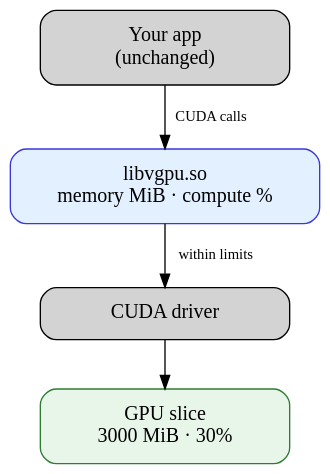
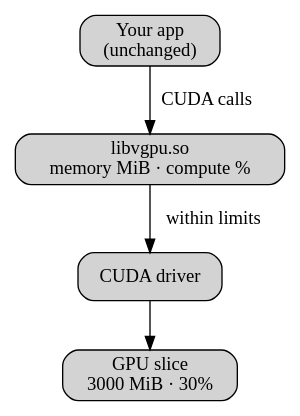
Before and after one commit to fishing-agents/talks: the first of 6 diagrams in containerdays_neocloud_blueprint.md, drawn with Graphviz. The commit also changed other lines of this file and 1 other file, not shown here.

Commit message:
fix(containerdays): drop custom CSS, theme diagrams, plain DRA wording

````diff
--- a/containerdays_neocloud_blueprint.md
+++ b/containerdays_neocloud_blueprint.md
@@ -220,15 +183,13 @@
 ```dot
 digraph G {
   rankdir=TB
-  bgcolor=transparent
-  node [shape=box style="rounded,filled" fontsize=15 margin="0.25,0.15" width=2.6]
-  edge [fontsize=11]
+  node [shape=box style="rounded,filled"]
   app [label="Your app\n(unchanged)"]
-  lib [label="libvgpu.so\nmemory MiB · compute %" fillcolor="#e3f0ff" color="#3939D8"]
+  lib [label="libvgpu.so\nmemory MiB · compute %" class="yellow"]
   drv [label="CUDA driver"]
-  gpu [label="GPU slice\n3000 MiB · 30%" fillcolor="#e8f5e9" color="#2e7d32"]
+  gpu [label="GPU slice\n3000 MiB · 30%" class="green"]
   app -> lib [label=" CUDA calls"]
   lib -> drv [label=" within limits"]
   drv -> gpu
 }
 ```
````
